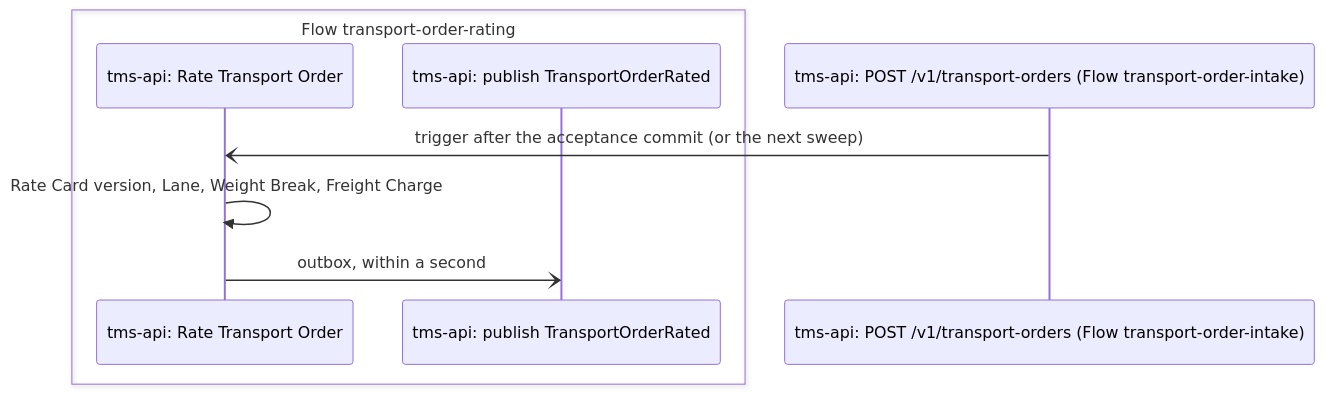
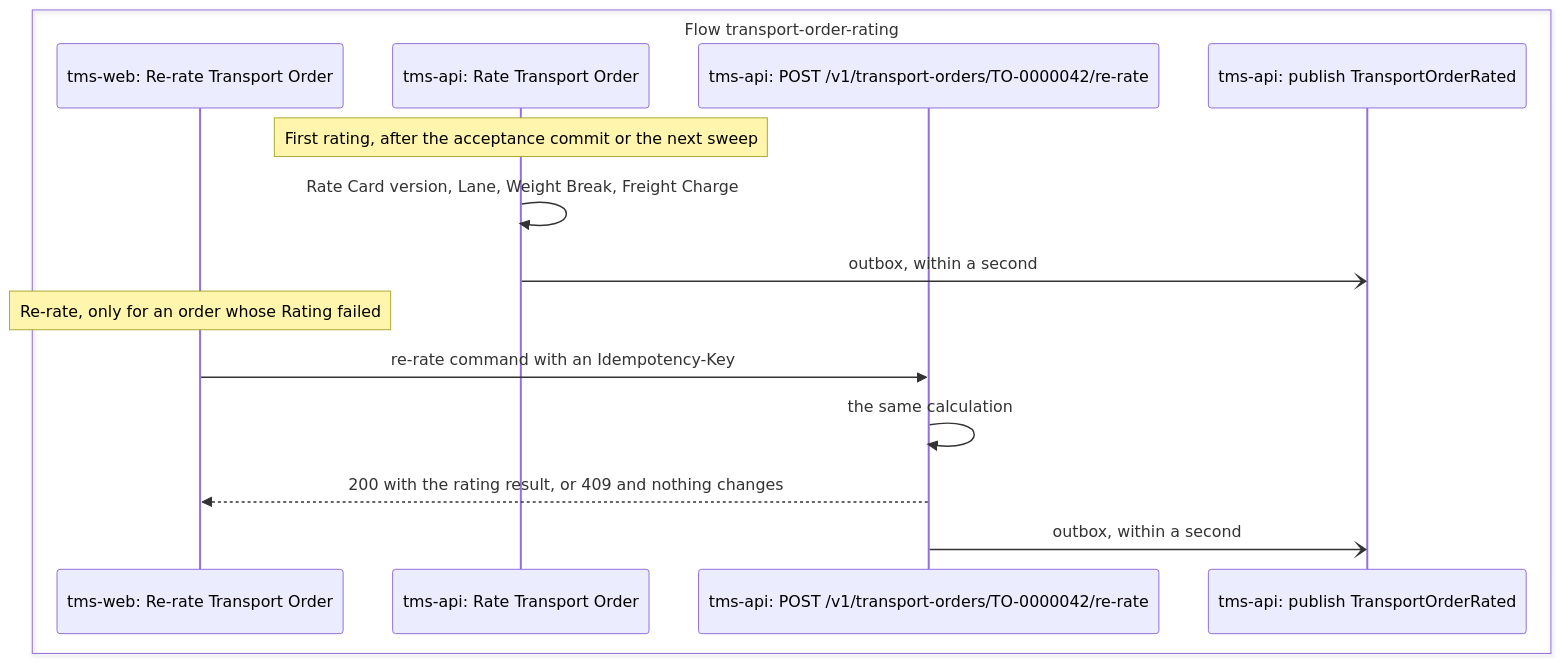
Before and after one commit to congruent-it/norvia-sandbox: the diagram in docs/processes/tms/p2-rating.md, drawn with Mermaid. The commit also changed other lines of this file and 3 other files, not shown here.

````diff
--- a/docs/processes/tms/p2-rating.md
+++ b/docs/processes/tms/p2-rating.md
@@ -112,11 +112,17 @@
 ```mermaid
 sequenceDiagram
     box transparent Flow transport-order-rating
+        participant ui as tms-web: Re-rate Transport Order
         participant tms as tms-api: Rate Transport Order
+        participant call as tms-api: POST /v1/transport-orders/TO-0000042/re-rate
         participant pub as tms-api: publish TransportOrderRated
     end
-    participant intake as tms-api: POST /v1/transport-orders (Flow transport-order-intake)
-    intake-)tms: trigger after the acceptance commit (or the next sweep)
+    Note over tms: First rating, after the acceptance commit or the next sweep
     tms->>tms: Rate Card version, Lane, Weight Break, Freight Charge
     tms-)pub: outbox, within a second
+    Note over ui: Re-rate, only for an order whose Rating failed
+    ui->>call: re-rate command with an Idempotency-Key
+    call->>call: the same calculation
+    call-->>ui: 200 with the rating result, or 409 and nothing changes
+    call-)pub: outbox, within a second
 ```
````
